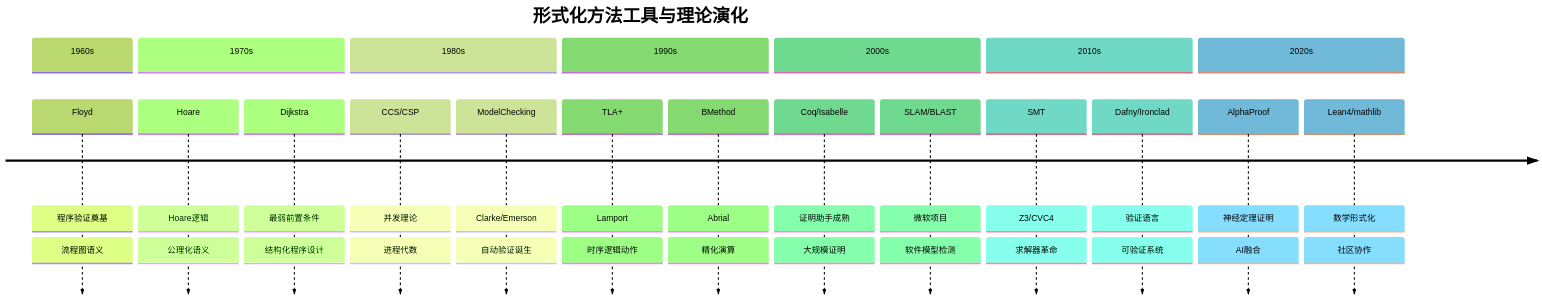
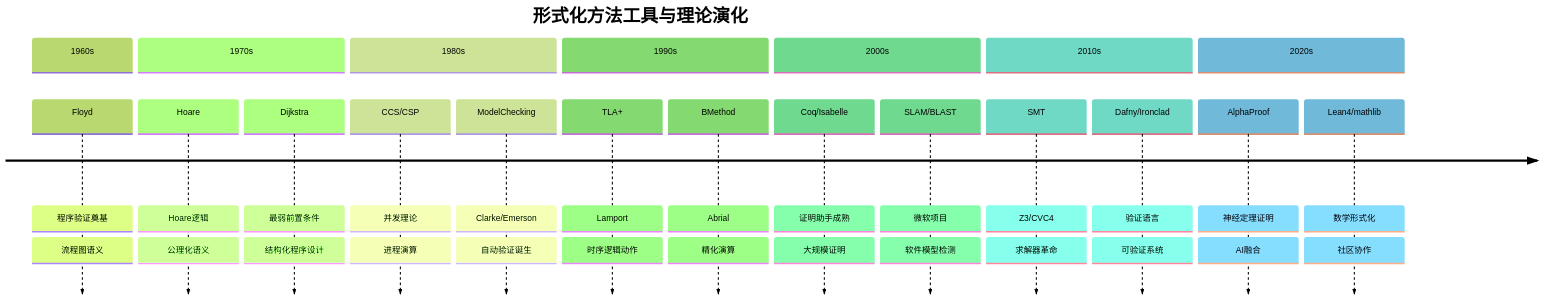
One commit to AdaMartin18010/AnalysisDataFlow changed the eighth of 10 diagrams in formal-methods/98-appendices/wikipedia-concepts/01-formal-methods.md. Above: the diagram before and after it, drawn with Mermaid (forest theme). The commit also changed other lines of this file and 129 other files, not shown here.

````diff
--- a/formal-methods/98-appendices/wikipedia-concepts/01-formal-methods.md
+++ b/formal-methods/98-appendices/wikipedia-concepts/01-formal-methods.md
@@ -372,37 +372,37 @@
 ```mermaid
 timeline
     title 形式化方法工具与理论演化
     section 1960s
         Floyd : 程序验证奠基
               : 流程图语义
     section 1970s
         Hoare : Hoare逻辑
               : 公理化语义
         Dijkstra : 最弱前置条件
                  : 结构化程序设计
     section 1980s
         CCS/CSP : 并发理论
-                : 进程代数
+                : 进程演算
         ModelChecking : Clarke/Emerson
                       : 自动验证诞生
     section 1990s
         TLA+ : Lamport
              : 时序逻辑动作
         BMethod : Abrial
                 : 精化演算
     section 2000s
         Coq/Isabelle : 证明助手成熟
                      : 大规模证明
         SLAM/BLAST : 微软项目
                    : 软件模型检测
     section 2010s
         SMT : Z3/CVC4
             : 求解器革命
         Dafny/Ironclad : 验证语言
                        : 可验证系统
     section 2020s
         AlphaProof : 神经定理证明
                    : AI融合
         Lean4/mathlib : 数学形式化
                       : 社区协作
 ```
````
